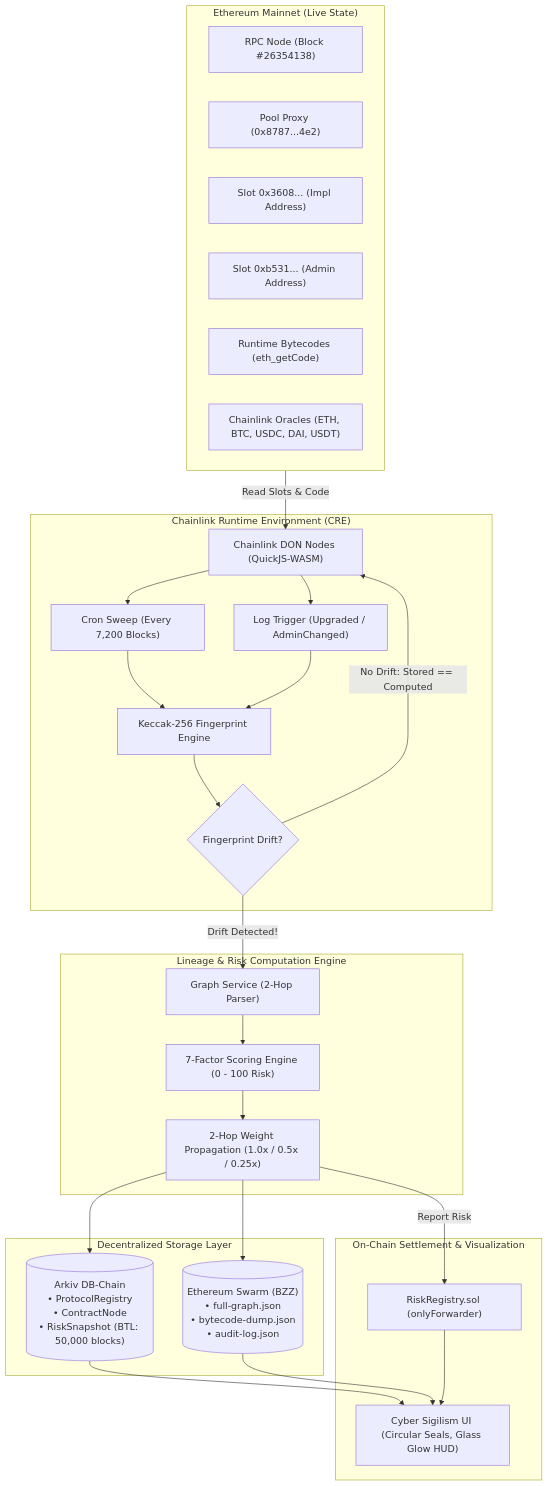
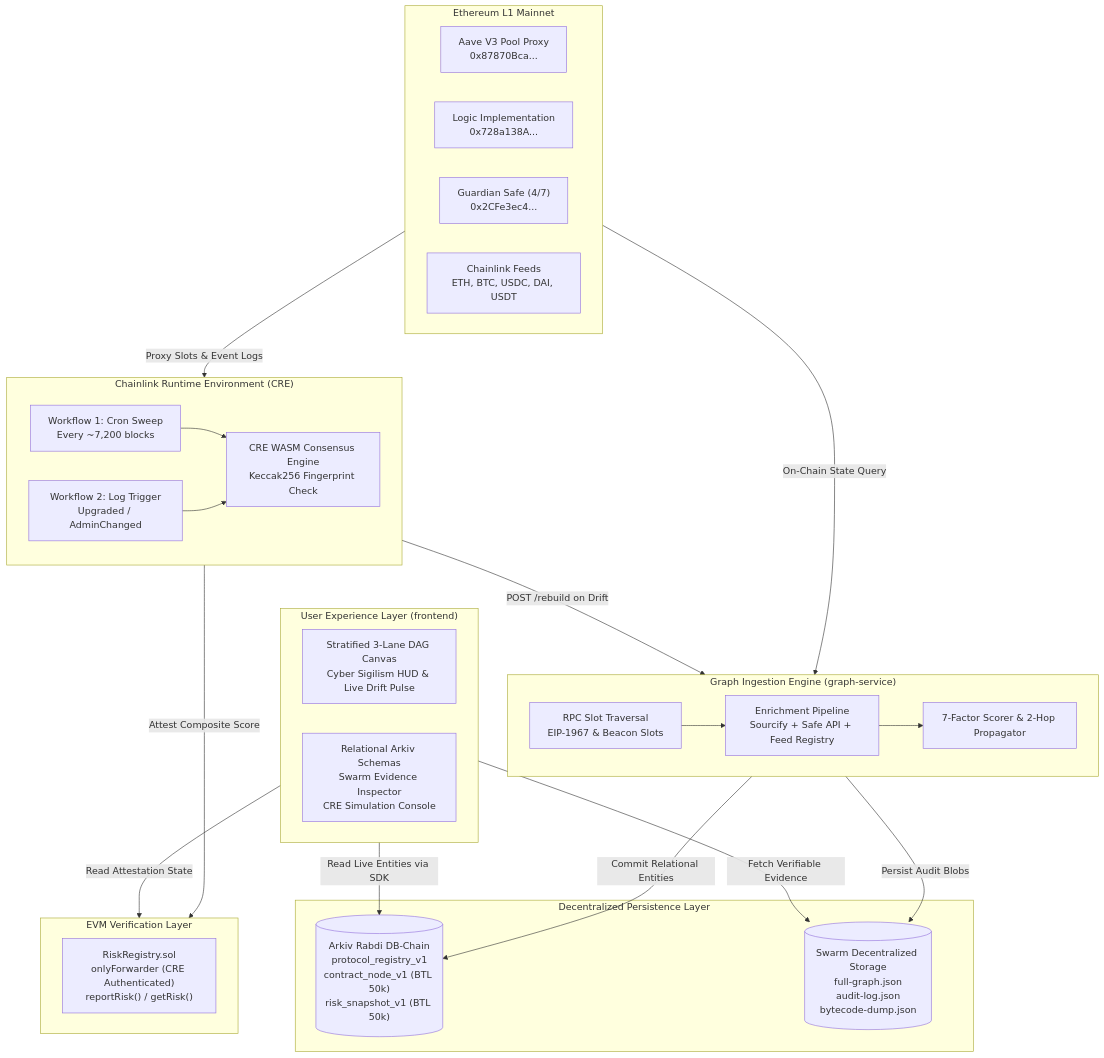
The diagram in README.md (XohamOG/Ethglobal-mumbai), drawn with Mermaid before and after one commit. The commit also changed other lines of this file, not shown here.

Commit message:
docs: comprehensively polish README for Arkiv and Chainlink CRE sponsor tracks

````diff
--- a/README.md
+++ b/README.md
@@ -28,46 +66,48 @@
 ```mermaid
 flowchart TD
-    subgraph L0["Ethereum Mainnet (Live State)"]
-        RPC["RPC Node (Block #26354138)"]
-        PROXY["Pool Proxy (0x8787...4e2)"]
-        SLOT_IMPL["Slot 0x3608... (Impl Address)"]
-        SLOT_ADMIN["Slot 0xb531... (Admin Address)"]
-        BYTECODE["Runtime Bytecodes (eth_getCode)"]
-        FEEDS["Chainlink Oracles (ETH, BTC, USDC, DAI, USDT)"]
+    subgraph L1 ["Ethereum L1 Mainnet"]
+        POOL["Aave V3 Pool Proxy<br/>0x87870Bca..."]
+        IMPL["Logic Implementation<br/>0x728a138A..."]
+        SAFE["Guardian Safe (4/7)<br/>0x2CFe3ec4..."]
+        ORACLE["Chainlink Feeds<br/>ETH, BTC, USDC, DAI, USDT"]
     end
 
-    subgraph L1["Chainlink Runtime Environment (CRE)"]
-        DON["Chainlink DON Nodes (QuickJS-WASM)"]
-        CRON["Cron Sweep (Every 7,200 Blocks)"]
-        LOG_TRIGGER["Log Trigger (Upgraded / AdminChanged)"]
-        FP["Keccak-256 Fingerprint Engine"]
-        DRIFT{"Fingerprint Drift?"}
+    subgraph CRE_LAYER ["Chainlink Runtime Environment (CRE)"]
+        CRON["Workflow 1: Cron Sweep<br/>Every ~7,200 blocks"]
+        LOG["Workflow 2: Log Trigger<br/>Upgraded / AdminChanged"]
+        CONSENSUS["CRE WASM Consensus Engine<br/>Keccak256 Fingerprint Check"]
+        CRON --> CONSENSUS
+        LOG --> CONSENSUS
     end
 
-    subgraph L2["Lineage & Risk Computation Engine"]
-        GS["Graph Service (2-Hop Parser)"]
-        SCORER["7-Factor Scoring Engine (0 - 100 Risk)"]
-        PROPAGATE["2-Hop Weight Propagation (1.0x / 0.5x / 0.25x)"]
+    subgraph ENGINE ["Graph Ingestion Engine (graph-service)"]
+        INGEST["RPC Slot Traversal<br/>EIP-1967 & Beacon Slots"]
+        ENRICH["Enrichment Pipeline<br/>Sourcify + Safe API + Feed Registry"]
+        SCORER["7-Factor Scorer & 2-Hop Propagator"]
+        INGEST --> ENRICH --> SCORER
     end
 
-    subgraph L3["Decentralized Storage Layer"]
-        ARKIV[("Arkiv DB-Chain<br/>• ProtocolRegistry<br/>• ContractNode<br/>• RiskSnapshot (BTL: 50,000 blocks)")]
-        SWARM[("Ethereum Swarm (BZZ)<br/>• full-graph.json<br/>• bytecode-dump.json<br/>• audit-log.json")]
+    subgraph PERSISTENCE ["Decentralized Persistence Layer"]
+        ARKIV[("Arkiv Rabdi DB-Chain<br/>protocol_registry_v1<br/>contract_node_v1 (BTL 50k)<br/>risk_snapshot_v1 (BTL 50k)")]
+        SWARM[("Swarm Decentralized Storage<br/>full-graph.json<br/>audit-log.json<br/>bytecode-dump.json")]
     end
 
-    subgraph L4["On-Chain Settlement & Visualization"]
-        REGISTRY["RiskRegistry.sol (onlyForwarder)"]
-        UI["Cyber Sigilism UI (Circular Seals, Glass Glow HUD)"]
+    subgraph ONCHAIN ["EVM Verification Layer"]
+        REGISTRY["RiskRegistry.sol<br/>onlyForwarder (CRE Authenticated)<br/>reportRisk() / getRisk()"]
     end
 
-    L0 -->|Read Slots & Code| DON
-    DON --> CRON & LOG_TRIGGER
-    CRON & LOG_TRIGGER --> FP
-    FP --> DRIFT
-    DRIFT -->|No Drift: Stored == Computed| DON
-    DRIFT -->|Drift Detected!| GS
-    GS --> SCORER --> PROPAGATE
-    PROPAGATE --> ARKIV & SWARM
-    PROPAGATE -->|Report Risk| REGISTRY
-    ARKIV & SWARM & REGISTRY --> UI
+    subgraph UI ["User Experience Layer (frontend)"]
+        DAG["Stratified 3-Lane DAG Canvas<br/>Cyber Sigilism HUD & Live Drift Pulse"]
+        TABS["Relational Arkiv Schemas<br/>Swarm Evidence Inspector<br/>CRE Simulation Console"]
+    end
+
+    L1 -->|Proxy Slots & Event Logs| CRE_LAYER
+    L1 -->|On-Chain State Query| ENGINE
+    CRE_LAYER -->|POST /rebuild on Drift| ENGINE
+    CRE_LAYER -->|Attest Composite Score| ONCHAIN
+    ENGINE -->|Commit Relational Entities| ARKIV
+    ENGINE -->|Persist Audit Blobs| SWARM
+    UI -->|Read Live Entities via SDK| ARKIV
+    UI -->|Fetch Verifiable Evidence| SWARM
+    UI -->|Read Attestation State| ONCHAIN
 ```
````
